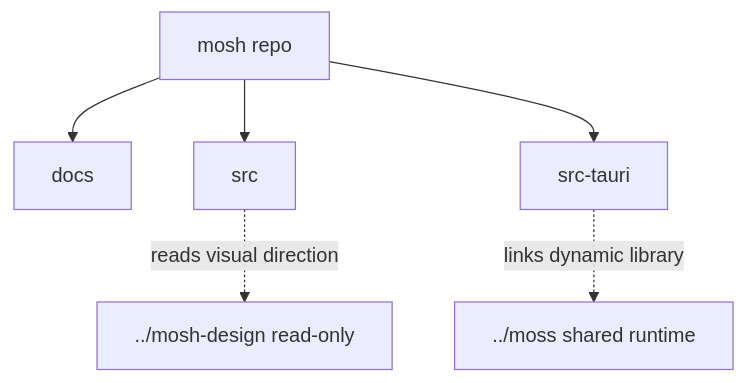
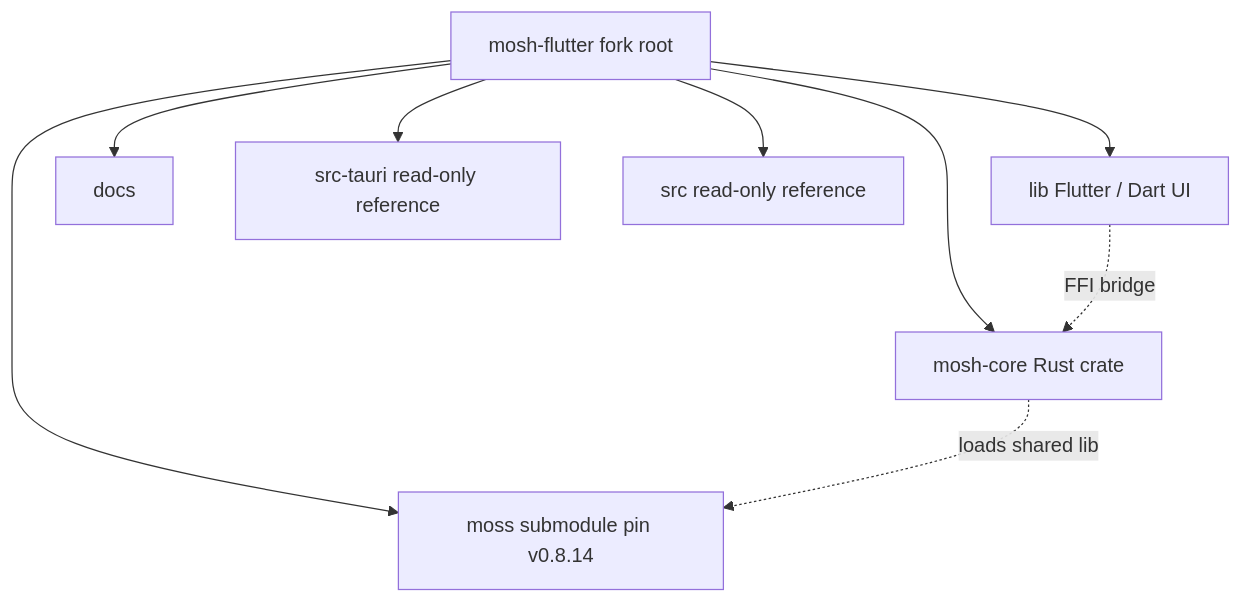
One commit to redstone-md/mosh-flutter changed the second of 4 diagrams in docs/Architecture.md. Above: the diagram before and after it, drawn with Mermaid. The commit also changed other lines of this file, not shown here.

First line of the commit message:
docs: replace architecture map with Flutter rewrite view

````diff
--- a/docs/Architecture.md
+++ b/docs/Architecture.md
@@ -35,15 +39,19 @@
 ```mermaid
 flowchart TB
-    MoshRepo[mosh repo]
+    Fork[mosh-flutter fork root]
+    Core[mosh-core Rust crate]
+    MossSub[moss submodule pin v0.8.14]
+    Lib[lib Flutter / Dart UI]
     Docs[docs]
-    Frontend[src]
-    TauriSrc[src-tauri]
-    Design[../mosh-design read-only]
-    MossCore[../moss shared runtime]
+    SrcTauri[src-tauri read-only reference]
+    Src[src read-only reference]
 
-    MoshRepo --> Docs
-    MoshRepo --> Frontend
-    MoshRepo --> TauriSrc
-    Frontend -. reads visual direction .-> Design
-    TauriSrc -. links dynamic library .-> MossCore
+    Fork --> Core
+    Fork --> MossSub
+    Fork --> Lib
+    Fork --> Docs
+    Fork --> SrcTauri
+    Fork --> Src
+    Lib -. FFI bridge .-> Core
+    Core -. loads shared lib .-> MossSub
 ```
````
